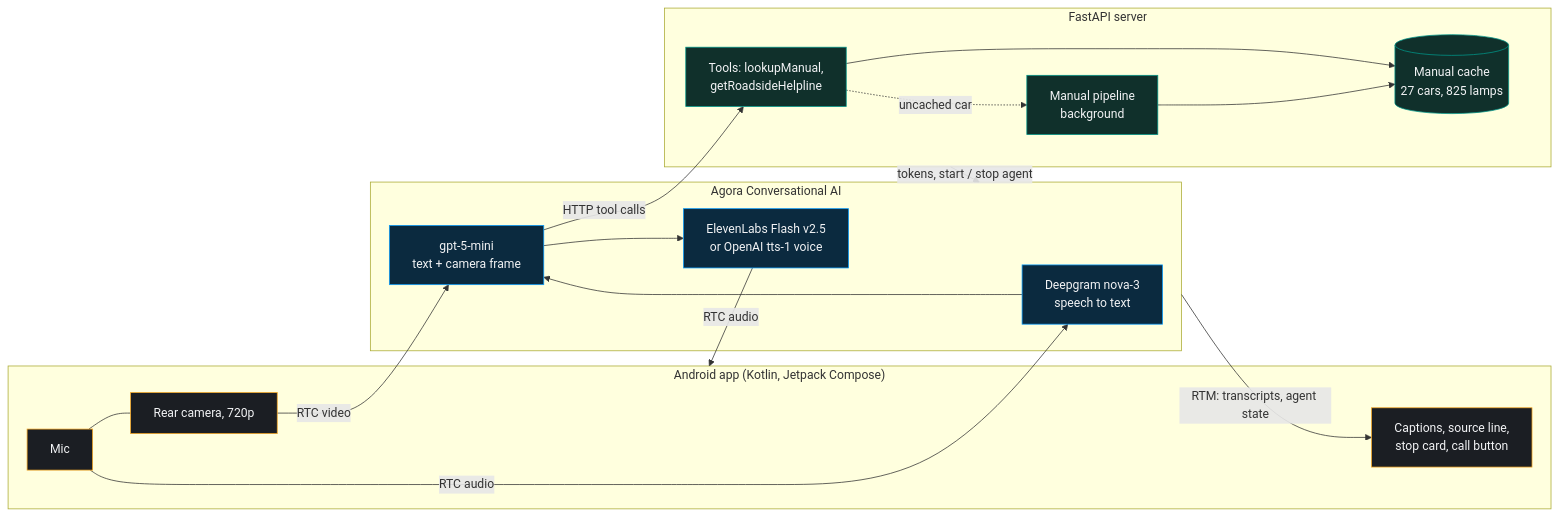
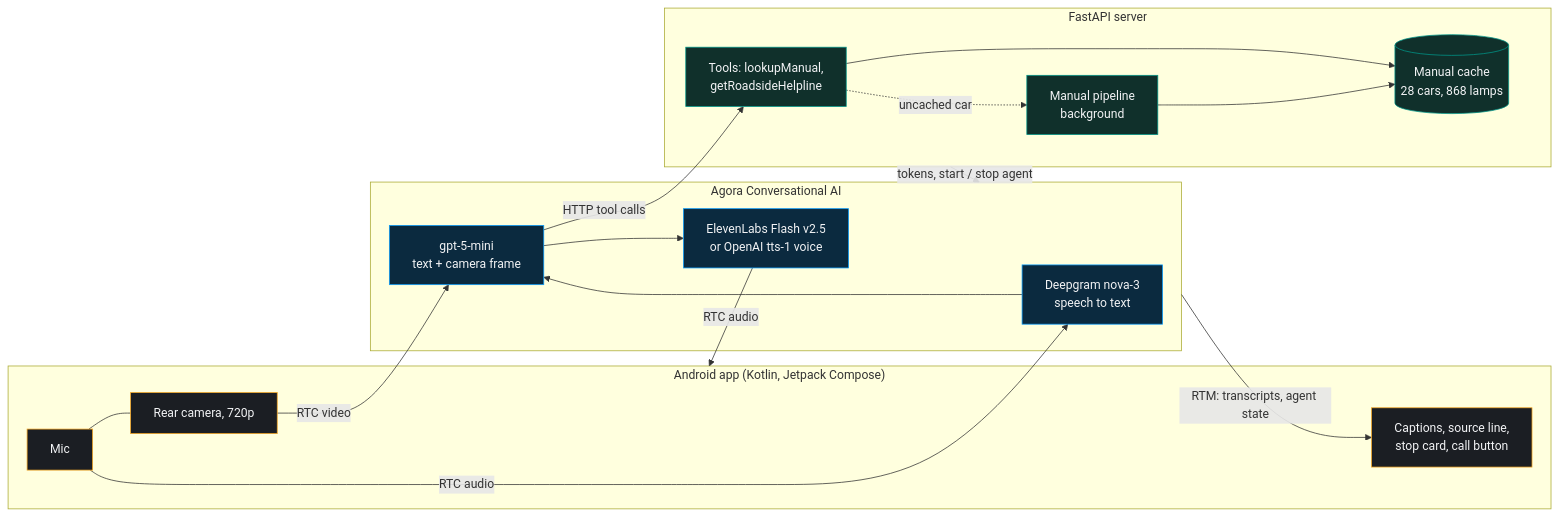
The diagram in README.md (shubhh00/DashLens), drawn with Mermaid before and after one commit. The commit also changed other lines of this file and 6 other files, not shown here.

````diff
--- a/README.md
+++ b/README.md
@@ -139,29 +140,29 @@
 ```mermaid
 flowchart LR
     subgraph Phone["Android app (Kotlin, Jetpack Compose)"]
         Mic[Mic] --- Cam[Rear camera, 720p]
         UI[Captions, source line,<br/>stop card, call button]
     end
     subgraph Agora["Agora Conversational AI"]
         ASR[Deepgram nova-3<br/>speech to text] --> LLM[gpt-5-mini<br/>text + camera frame] --> TTS[ElevenLabs Flash v2.5<br/>or OpenAI tts-1 voice]
     end
     subgraph Server["FastAPI server"]
         Tools[Tools: lookupManual,<br/>getRoadsideHelpline]
-        Cache[(Manual cache<br/>27 cars, 825 lamps)]
+        Cache[(Manual cache<br/>28 cars, 868 lamps)]
         Pipe[Manual pipeline<br/>background]
     end
     Mic -- RTC audio --> ASR
     Cam -- RTC video --> LLM
     TTS -- RTC audio --> Phone
     Agora -- RTM: transcripts, agent state --> UI
     LLM -- HTTP tool calls --> Tools
     Tools --> Cache
     Tools -. uncached car .-> Pipe --> Cache
     Server -- tokens, start / stop agent --> Agora
     classDef phone fill:#1B1E23,stroke:#F5A623,color:#F2F3F5
     classDef agora fill:#0B2A3F,stroke:#099DFD,color:#F2F3F5
     classDef server fill:#10302B,stroke:#009688,color:#F2F3F5
     class Mic,Cam,UI phone
     class ASR,LLM,TTS agora
     class Tools,Cache,Pipe server
 ```
````
